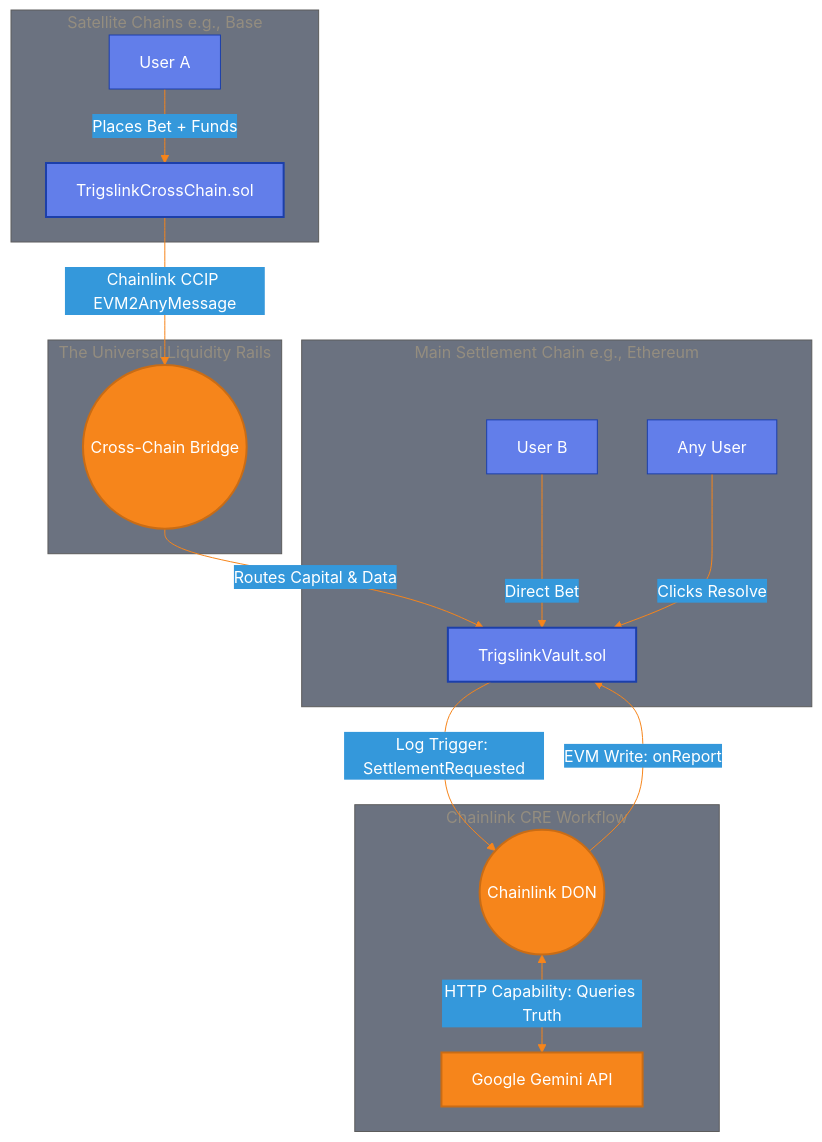
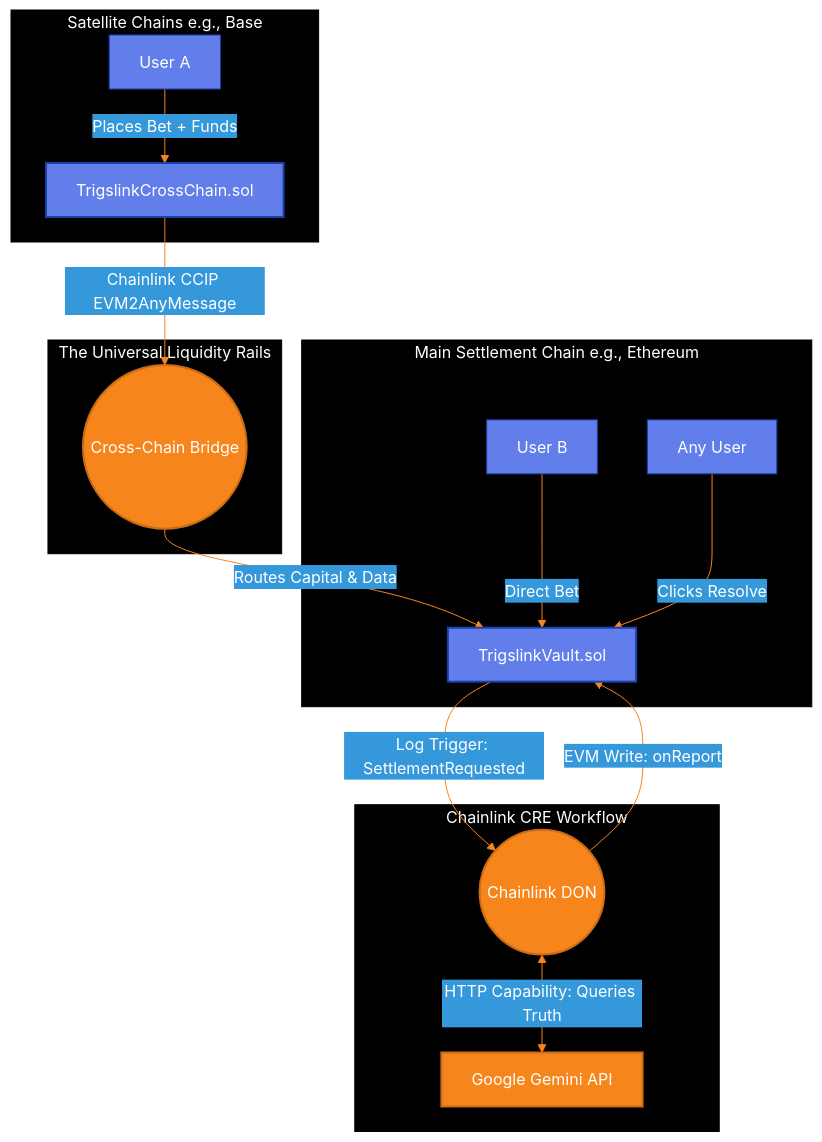
The first of 2 diagrams in README.md (Trigs-link/trigslink), drawn with Mermaid before and after one commit.

Commit message:
README updated

````diff
--- a/README.md
+++ b/README.md
@@ -21,41 +21,41 @@
 ```mermaid
 %%{init: {
   'theme': 'base',
   'themeVariables': {
     'primaryColor': '#627eea',
     'primaryTextColor': '#ffffff',
     'primaryBorderColor': '#1c3faa',
     'lineColor': '#f6851b',
     'secondaryColor': '#3498db',
-    'tertiaryColor': '#6b7280',
+    'tertiaryColor': '#000000',
     'fontFamily': 'Inter, system-ui, sans-serif',
     'background': '#0b0f1c'
   }
 }}%%
 graph TD
     subgraph Satellite Chains [Satellite Chains e.g., Base]
         UserA[User A] -->|Places Bet + Funds| CC_Sender[TrigslinkCrossChain.sol]
     end
 
     subgraph The Universal Liquidity Rails
         CC_Sender -->|Chainlink CCIP EVM2AnyMessage| Bridge((Cross-Chain Bridge))
     end
 
     subgraph Main Hub [Main Settlement Chain e.g., Ethereum]
         Bridge -->|Routes Capital & Data| Vault[TrigslinkVault.sol]
         UserB[User B] -->|Direct Bet| Vault
         UserC[Any User] -->|Clicks Resolve| Vault
     end
 
     subgraph Off-Chain Truth Engine [Chainlink CRE Workflow]
         Vault -->|Log Trigger: SettlementRequested| DON((Chainlink DON))
         DON <-->|HTTP Capability: Queries Truth| Gemini[Google Gemini API]
         DON -->|EVM Write: onReport| Vault
     end
 
     classDef contract fill:#627eea,stroke:#1c3faa,stroke-width:2px,color:#fff;
     classDef external fill:#f6851b,stroke:#c96c15,stroke-width:2px,color:#fff;
     
     class Vault,CC_Sender contract;
     class DON,Bridge,Gemini external;
 ```
````
